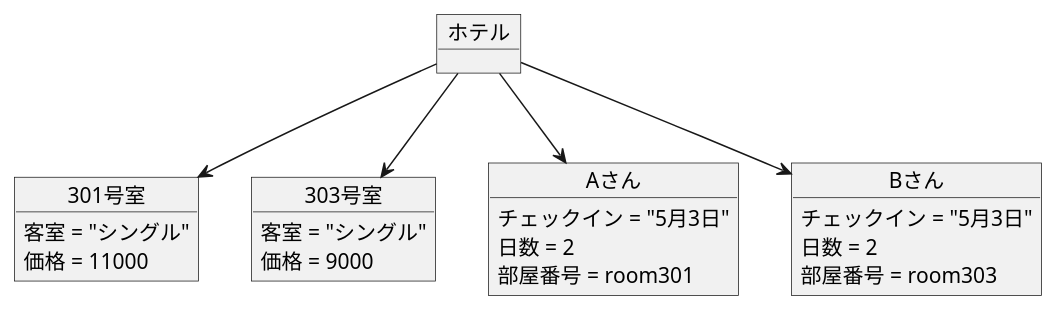
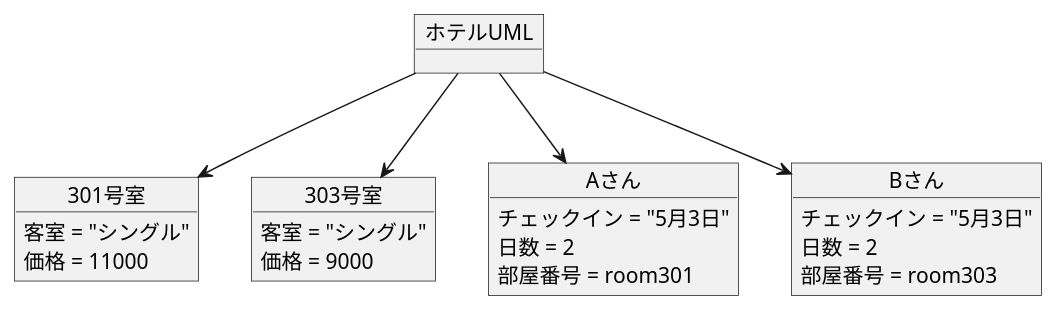
Before and after one commit to marute0215/uml-introduction: the diagram in 演習3-5_OBJ_ホテル宿泊予約.pu, drawn with PlantUML.

Commit message:
修正

```diff
--- a/演習3-5_OBJ_ホテル宿泊予約.pu
+++ b/演習3-5_OBJ_ホテル宿泊予約.pu
@@ -1,32 +1,32 @@
 @startuml
 
-object "ホテル" as hotel
+object "ホテルUML" as hotel
 
 object "301号室" as room301 {
   客室 = "シングル"
   価格 = 11000
 }
 
 object "303号室" as room303 {
   客室 = "シングル"
   価格 = 9000
 }
 
 object "Aさん" as guestA {
   チェックイン = "5月3日"
   日数 = 2
   部屋番号 = room301
 }
 
 object "Bさん" as guestB {
   チェックイン = "5月3日"
   日数 = 2
   部屋番号 = room303
 }
 
 hotel --> room301
 hotel --> room303
 hotel --> guestA
 hotel --> guestB
 
 @enduml
```
